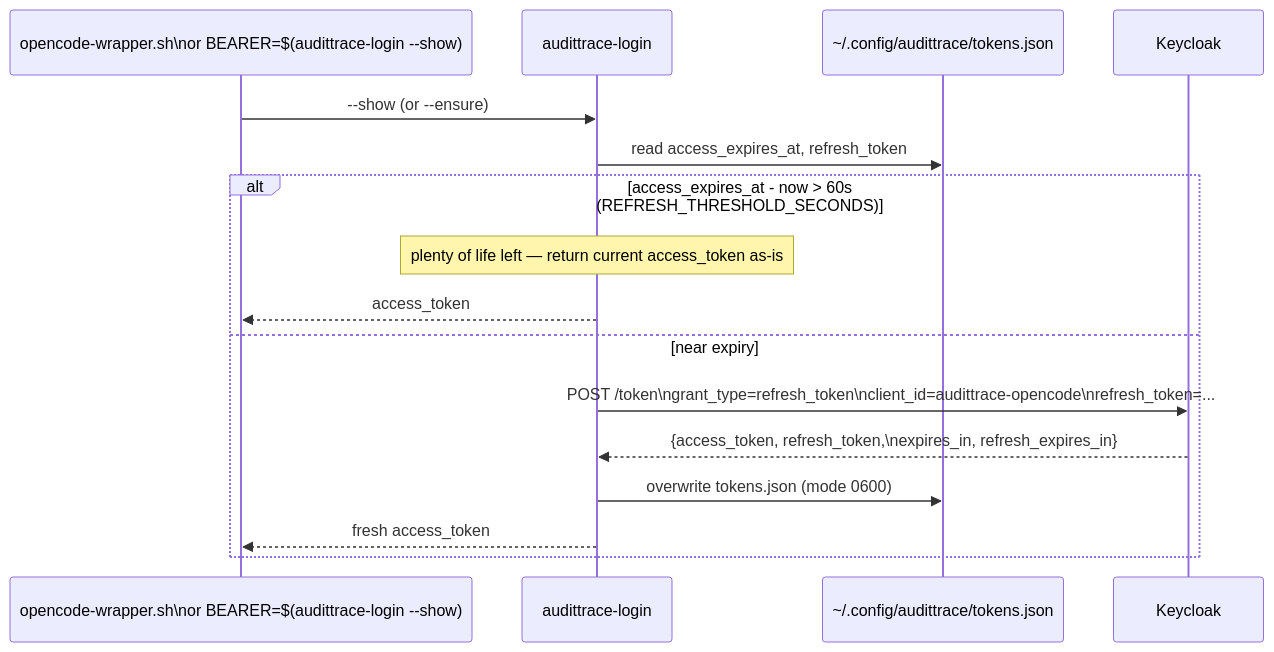
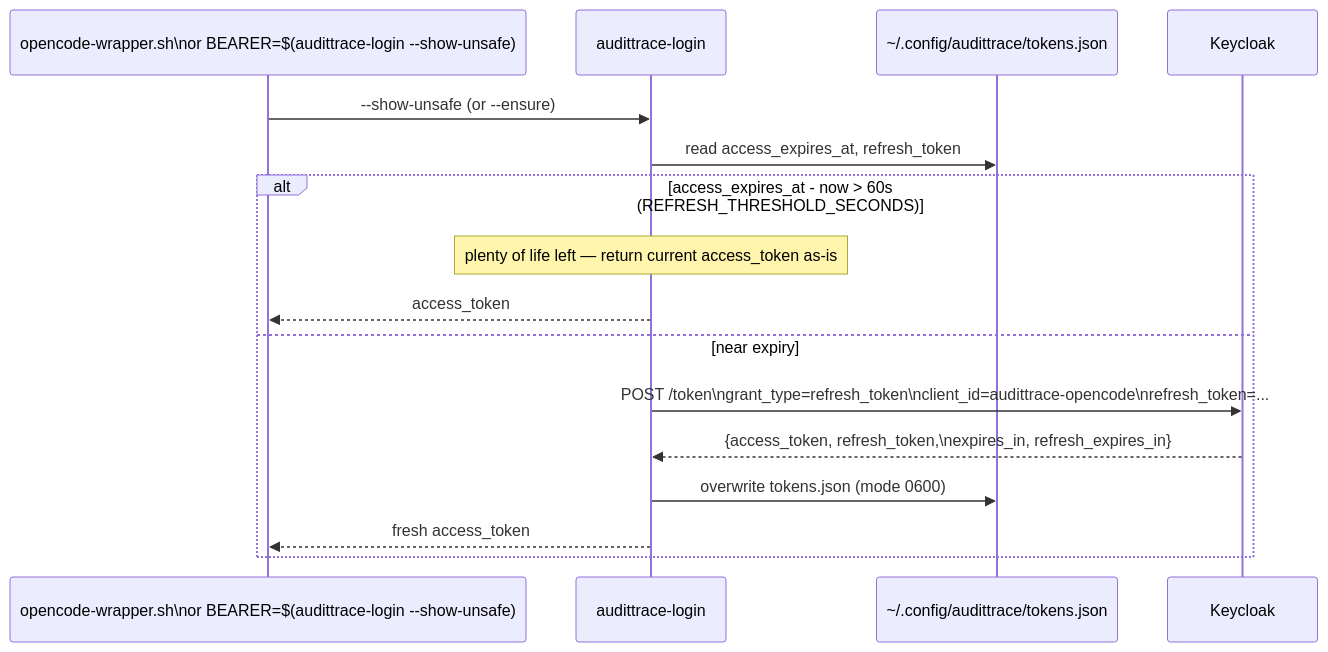
The second of 8 diagrams in docs/architecture/sequence-oauth2-flow.md (lfdesousa/AuditTrace-AI), drawn with Mermaid before and after one commit. The commit also changed other lines of this file and 15 other files, not shown here.

````diff
--- a/docs/architecture/sequence-oauth2-flow.md
+++ b/docs/architecture/sequence-oauth2-flow.md
@@ -73,19 +76,19 @@
 ```mermaid
 sequenceDiagram
-    participant Caller as opencode-wrapper.sh\nor BEARER=$(audittrace-login --show)
+    participant Caller as opencode-wrapper.sh\nor BEARER=$(audittrace-login --show-unsafe)
     participant CLI as audittrace-login
     participant FS as ~/.config/audittrace/tokens.json
     participant KC as Keycloak
 
-    Caller->>CLI: --show (or --ensure)
+    Caller->>CLI: --show-unsafe (or --ensure)
     CLI->>FS: read access_expires_at, refresh_token
     alt access_expires_at - now > 60s (REFRESH_THRESHOLD_SECONDS)
         Note over CLI: plenty of life left — return current access_token as-is
         CLI-->>Caller: access_token
     else near expiry
         CLI->>KC: POST /token\ngrant_type=refresh_token\nclient_id=audittrace-opencode\nrefresh_token=...
         KC-->>CLI: {access_token, refresh_token,\nexpires_in, refresh_expires_in}
         CLI->>FS: overwrite tokens.json (mode 0600)
         CLI-->>Caller: fresh access_token
     end
 ```
````
